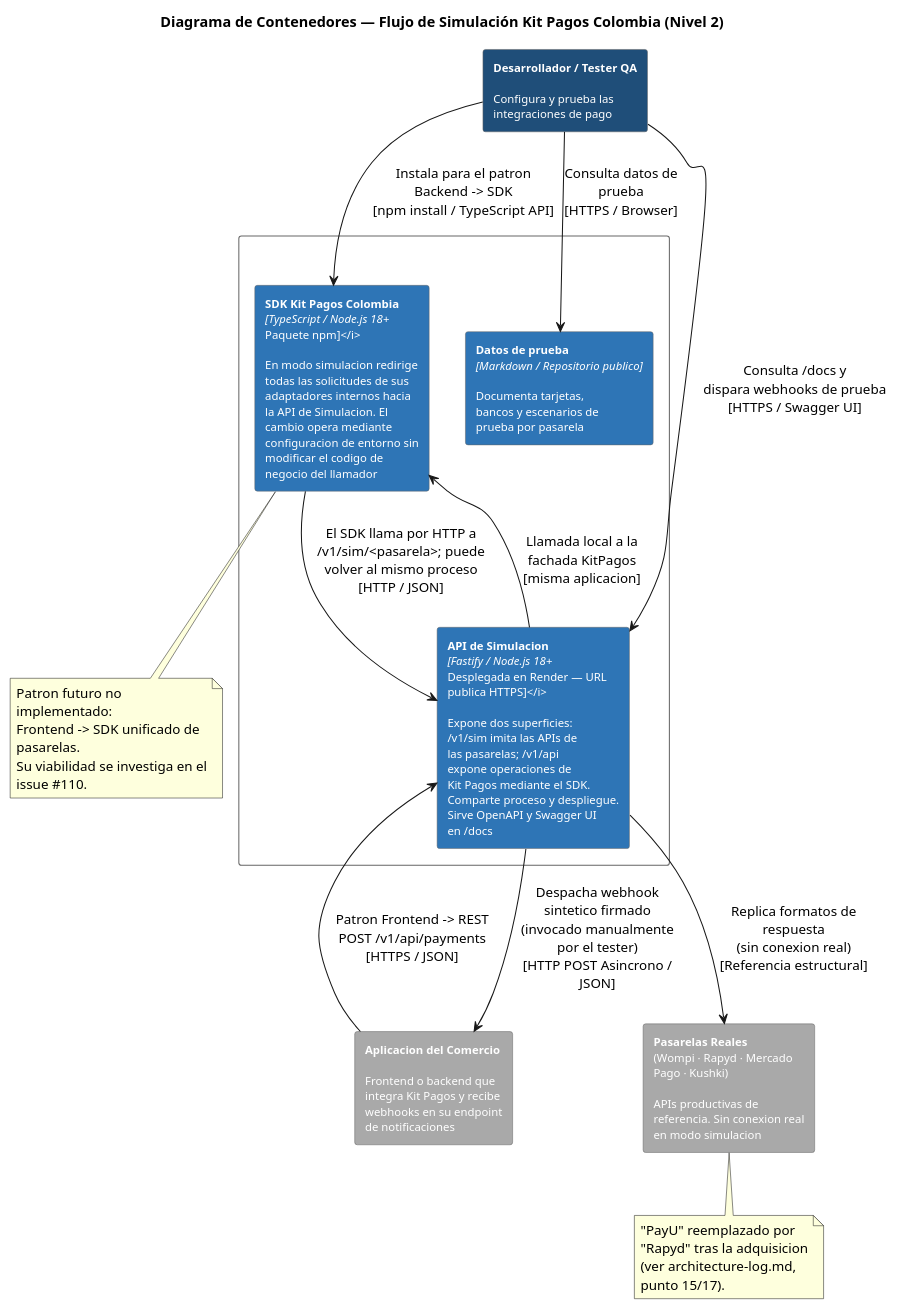
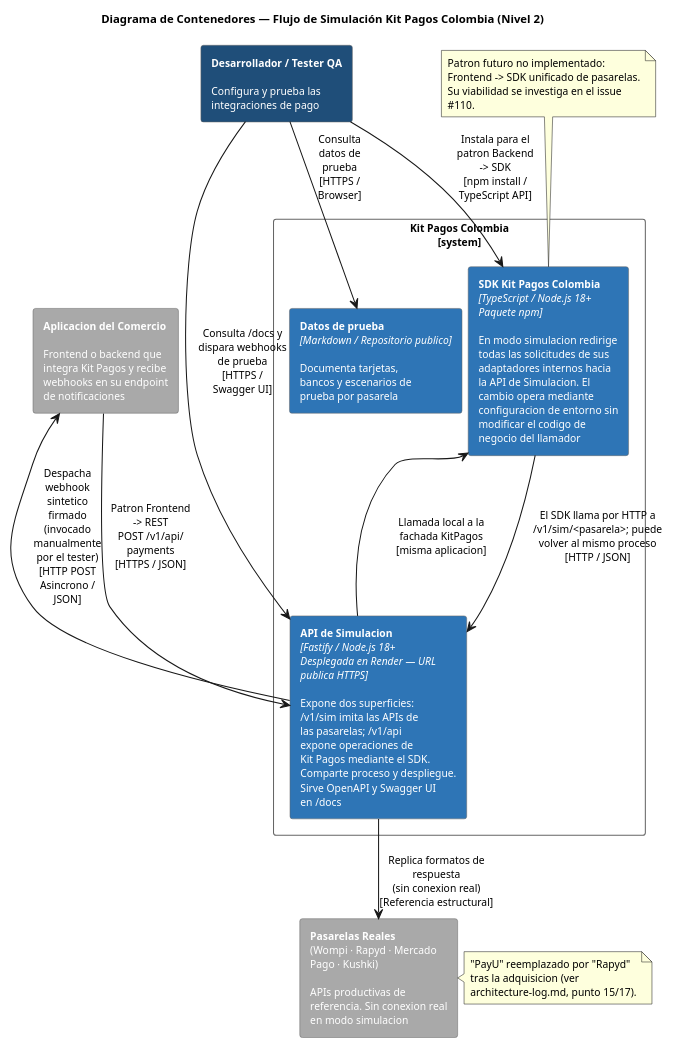
The diagram in docs/architecture/Simulador API/diagrams-source/container-diagram.puml (PurosBrothers/Kit-Pagos-Colombia---Tesis), drawn with PlantUML before and after one commit. The commit also changed 87 other files, not shown here.

```diff
--- a/docs/architecture/Simulador API/diagrams-source/container-diagram.puml
+++ b/docs/architecture/Simulador API/diagrams-source/container-diagram.puml
@@ -1,44 +1,53 @@
 @startuml Container Diagram - Simulador API
 title Diagrama de Contenedores — Flujo de Simulación Kit Pagos Colombia (Nivel 2)
 skinparam backgroundColor white
-skinparam rectangleFontSize 11
+skinparam defaultFontName Helvetica
+skinparam defaultFontSize 10
+skinparam titleFontSize 11
+skinparam rectangleFontSize 10
+skinparam ArrowFontSize 10
+skinparam NoteFontSize 10
 skinparam wrapWidth 190
+skinparam nodesep 6
+skinparam ranksep 18
 skinparam rectangle {
   BorderColor #666666
   ArrowColor #666666
   FontColor white
 }
 
 rectangle "**Desarrollador / Tester QA**\n\nConfigura y prueba las\nintegraciones de pago" as Dev #1F4E79
 
-rectangle "Kit Pagos Colombia\n[system]" as System #FFFFFF {
-  rectangle "**SDK Kit Pagos Colombia**\n<i>[TypeScript / Node.js 18+\nPaquete npm]</i>\n\nEn modo simulacion redirige\ntodas las solicitudes de sus\nadaptadores internos hacia\nla API de Simulacion. El\ncambio opera mediante\nconfiguracion de entorno sin\nmodificar el codigo de\nnegocio del llamador" as SDK #2E75B6
+rectangle "Kit Pagos Colombia\n[system]" as System #FFFFFF;text:black {
+  rectangle "**SDK Kit Pagos Colombia**\n<i>[TypeScript / Node.js 18+</i>\n<i>Paquete npm]</i>\n\nEn modo simulacion redirige\ntodas las solicitudes de sus\nadaptadores internos hacia\nla API de Simulacion. El\ncambio opera mediante\nconfiguracion de entorno sin\nmodificar el codigo de\nnegocio del llamador" as SDK #2E75B6
   rectangle "**Datos de prueba**\n<i>[Markdown / Repositorio publico]</i>\n\nDocumenta tarjetas,\nbancos y escenarios de\nprueba por pasarela" as Docs #2E75B6
-  rectangle "**API de Simulacion**\n<i>[Fastify / Node.js 18+\nDesplegada en Render — URL\npublica HTTPS]</i>\n\nExpone dos superficies:\n/v1/sim imita las APIs de\nlas pasarelas; /v1/api\nexpone operaciones de\nKit Pagos mediante el SDK.\nComparte proceso y despliegue.\nSirve OpenAPI y Swagger UI\nen /docs" as SimAPI #2E75B6
+  rectangle "**API de Simulacion**\n<i>[Fastify / Node.js 18+</i>\n<i>Desplegada en Render — URL</i>\n<i>publica HTTPS]</i>\n\nExpone dos superficies:\n/v1/sim imita las APIs de\nlas pasarelas; /v1/api\nexpone operaciones de\nKit Pagos mediante el SDK.\nComparte proceso y despliegue.\nSirve OpenAPI y Swagger UI\nen /docs" as SimAPI #2E75B6
 }
 
 rectangle "**Aplicacion del Comercio**\n\nFrontend o backend que\nintegra Kit Pagos y recibe\nwebhooks en su endpoint\nde notificaciones" as Comercio #A9A9A9
 rectangle "**Pasarelas Reales**\n(Wompi · Rapyd · Mercado\nPago · Kushki)\n\nAPIs productivas de\nreferencia. Sin conexion real\nen modo simulacion" as Pasarelas #A9A9A9
 
-Dev --> SDK : Instala para el patron\nBackend -> SDK\n[npm install / TypeScript API]
-Dev --> Docs : Consulta datos de\nprueba\n[HTTPS / Browser]
-Dev --> SimAPI : Consulta /docs y\ndispara webhooks de prueba\n[HTTPS / Swagger UI]
+Dev --> SDK : Instala para el\npatron Backend\n-> SDK\n[npm install /\nTypeScript API]
+Dev --> Docs : Consulta\ndatos de\nprueba\n[HTTPS /\nBrowser]
+Dev --> SimAPI : Consulta /docs y\ndispara webhooks\nde prueba\n[HTTPS /\nSwagger UI]
 
-Comercio --> SimAPI : Patron Frontend -> REST\nPOST /v1/api/payments\n[HTTPS / JSON]
-SimAPI --> SDK : Llamada local a la\nfachada KitPagos\n[misma aplicacion]
+Comercio --> SimAPI : Patron Frontend\n-> REST\nPOST /v1/api/\npayments\n[HTTPS / JSON]
+SDK <-- SimAPI : Llamada local a la\nfachada KitPagos\n[misma aplicacion]
 SDK --> SimAPI : El SDK llama por HTTP a\n/v1/sim/<pasarela>; puede\nvolver al mismo proceso\n[HTTP / JSON]
-SimAPI --> Comercio : Despacha webhook\nsintetico firmado\n(invocado manualmente\npor el tester)\n[HTTP POST Asincrono /\nJSON]
+Comercio <-- SimAPI : Despacha\nwebhook\nsintetico\nfirmado\n(invocado\nmanualmente\npor el tester)\n[HTTP POST\nAsincrono /\nJSON]
 SimAPI --> Pasarelas : Replica formatos de\nrespuesta\n(sin conexion real)\n[Referencia estructural]
 
-note bottom of Pasarelas
-  "PayU" reemplazado por "Rapyd" tras la adquisicion
-  (ver architecture-log.md, punto 15/17).
+Dev -[hidden]right- Comercio
+note right of Pasarelas
+  "PayU" reemplazado por "Rapyd"
+  tras la adquisicion (ver
+  architecture-log.md, punto 15/17).
 end note
 
-note bottom of SDK
+note top of SDK
   Patron futuro no implementado:
   Frontend -> SDK unificado de pasarelas.
   Su viabilidad se investiga en el issue #110.
 end note
 
 @enduml
```
